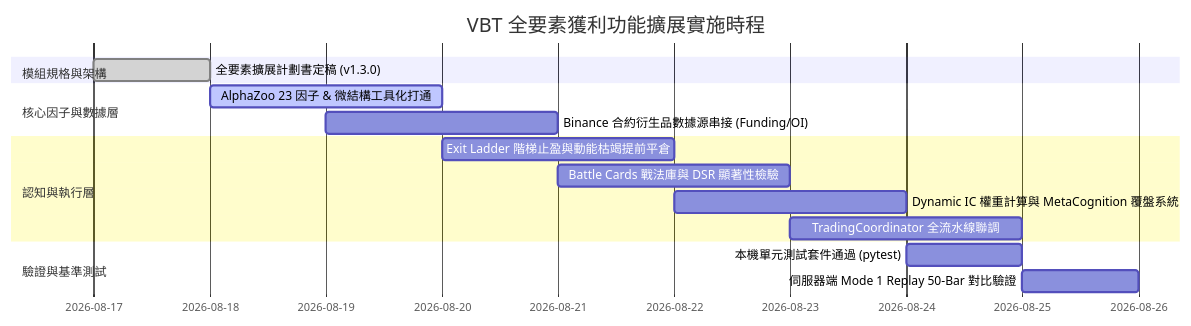
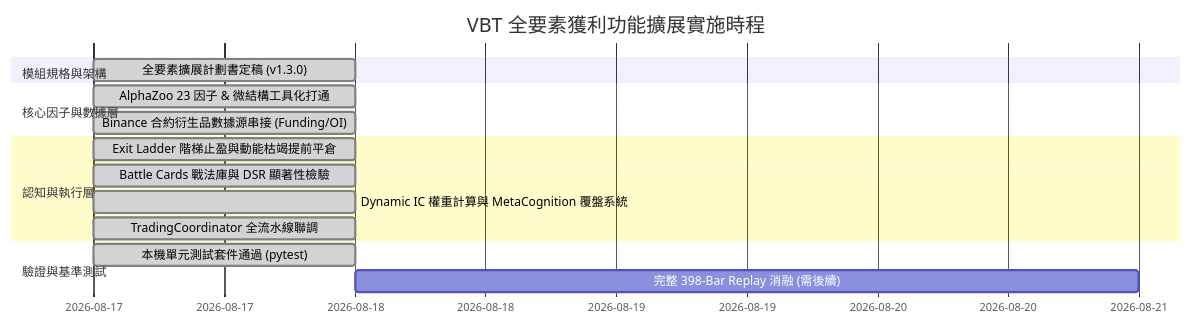
One commit to dimx9173/vibe-trading-encyc changed the fourth of 4 diagrams in docs/research/vbt-harvested-alpha-expansion-plan.md. Above: the diagram before and after it, drawn with Mermaid. The commit also changed other lines of this file and 2 other files, not shown here.

Commit message:
docs: mark Harvested Alpha implemented (spec/plan/roadmap Phase 6)

````diff
--- a/docs/research/vbt-harvested-alpha-expansion-plan.md
+++ b/docs/research/vbt-harvested-alpha-expansion-plan.md
@@ -205,18 +205,18 @@
 ```mermaid
 gantt
     title VBT 全要素獲利功能擴展實施時程
     dateFormat  YYYY-MM-DD
     section 模組規格與架構
     全要素擴展計劃書定稿 (v1.3.0)                   :done,    des1, 2026-08-17, 1d
     section 核心因子與數據層
-    AlphaZoo 23 因子 & 微結構工具化打通              :active,  dev1, 2026-08-18, 2d
-    Binance 合約衍生品數據源串接 (Funding/OI)        :         dev2, 2026-08-19, 2d
+    AlphaZoo 23 因子 & 微結構工具化打通              :done,  dev1, 2026-08-17, 1d
+    Binance 合約衍生品數據源串接 (Funding/OI)        :done,  dev2, 2026-08-17, 1d
     section 認知與執行層
-    Exit Ladder 階梯止盈與動能枯竭提前平倉            :         dev3, 2026-08-20, 2d
-    Battle Cards 戰法庫與 DSR 顯著性檢驗             :         dev4, 2026-08-21, 2d
-    Dynamic IC 權重計算與 MetaCognition 覆盤系統      :         dev5, 2026-08-22, 2d
-    TradingCoordinator 全流水線聯調                  :         dev6, 2026-08-23, 2d
+    Exit Ladder 階梯止盈與動能枯竭提前平倉            :done,  dev3, 2026-08-17, 1d
+    Battle Cards 戰法庫與 DSR 顯著性檢驗             :done,  dev4, 2026-08-17, 1d
+    Dynamic IC 權重計算與 MetaCognition 覆盤系統      :done,  dev5, 2026-08-17, 1d
+    TradingCoordinator 全流水線聯調                  :done,  dev6, 2026-08-17, 1d
     section 驗證與基準測試
-    本機單元測試套件通過 (pytest)                    :         val1, 2026-08-24, 1d
-    伺服器端 Mode 1 Replay 50-Bar 對比驗證           :         val2, 2026-08-25, 1d
+    本機單元測試套件通過 (pytest)                    :done,  val1, 2026-08-17, 1d
+    完整 398-Bar Replay 消融 (需後續)                :       val2, 2026-08-18, 3d
 ```
````
